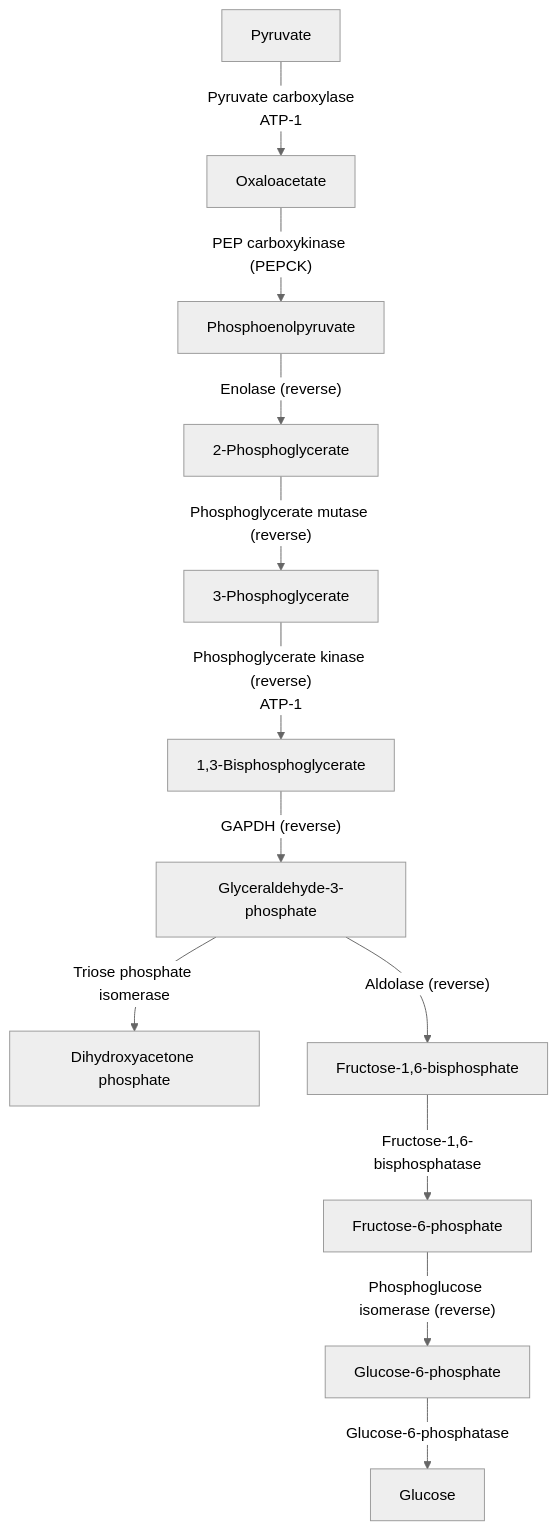
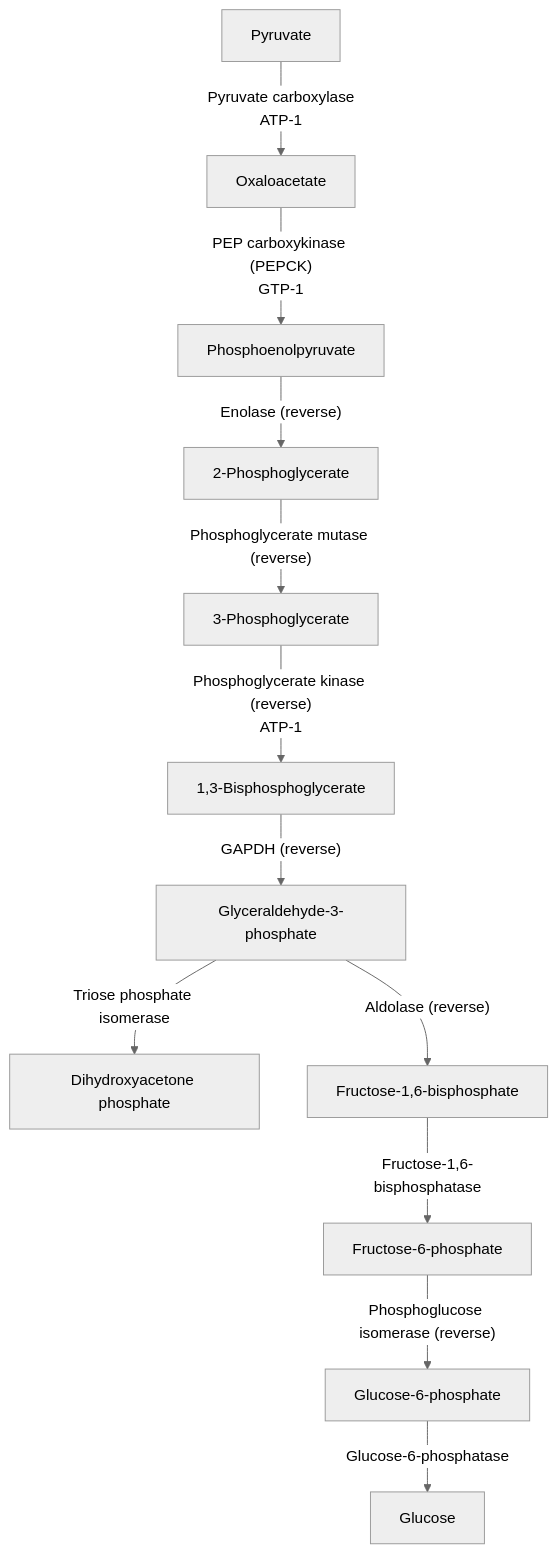
One commit to murffious/biology_as_code changed the diagram in src/biology_as_code/pathways/packs/gluconeogenesis/pathway.mermaid. Above: the diagram before and after it, drawn with Mermaid (neutral theme). The commit also changed 23 other files, not shown here.

Commit message:
refactor: standardize metabolic cofactor sign conventions, update pathway diagrams, and consolidate type definitions.

```diff
--- a/src/biology_as_code/pathways/packs/gluconeogenesis/pathway.mermaid
+++ b/src/biology_as_code/pathways/packs/gluconeogenesis/pathway.mermaid
@@ -1,26 +1,26 @@
 flowchart TD
   %% Auto-generated from registry pathway: gluconeogenesis
   %% Do not hand-edit; re-run scripts/export_pathway_packs.py
   pyruvate["Pyruvate"]
   oaa["Oxaloacetate"]
   pep["Phosphoenolpyruvate"]
   2pg["2-Phosphoglycerate"]
   3pg["3-Phosphoglycerate"]
   13bpg["1,3-Bisphosphoglycerate"]
   gap["Glyceraldehyde-3-phosphate"]
   dhap["Dihydroxyacetone phosphate"]
   f16bp["Fructose-1,6-bisphosphate"]
   f6p["Fructose-6-phosphate"]
   g6p["Glucose-6-phosphate"]
   glucose["Glucose"]
   pyruvate -->|"Pyruvate carboxylase<br/>ATP-1"| oaa
-  oaa -->|"PEP carboxykinase (PEPCK)"| pep
+  oaa -->|"PEP carboxykinase (PEPCK)<br/>GTP-1"| pep
   pep -->|"Enolase (reverse)"| 2pg
   2pg -->|"Phosphoglycerate mutase (reverse)"| 3pg
   3pg -->|"Phosphoglycerate kinase (reverse)<br/>ATP-1"| 13bpg
   13bpg -->|"GAPDH (reverse)"| gap
   gap -->|"Triose phosphate isomerase"| dhap
   gap -->|"Aldolase (reverse)"| f16bp
   f16bp -->|"Fructose-1,6-bisphosphatase"| f6p
   f6p -->|"Phosphoglucose isomerase (reverse)"| g6p
   g6p -->|"Glucose-6-phosphatase"| glucose
```
